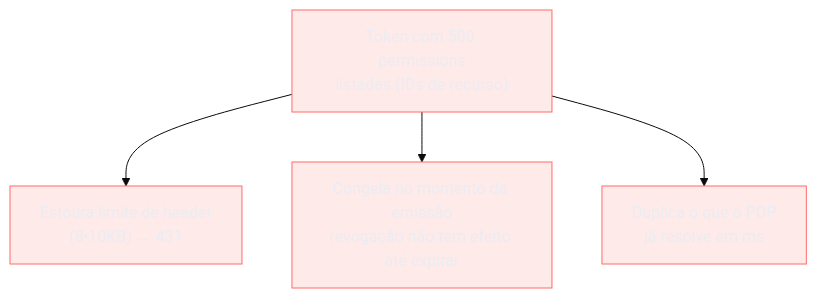
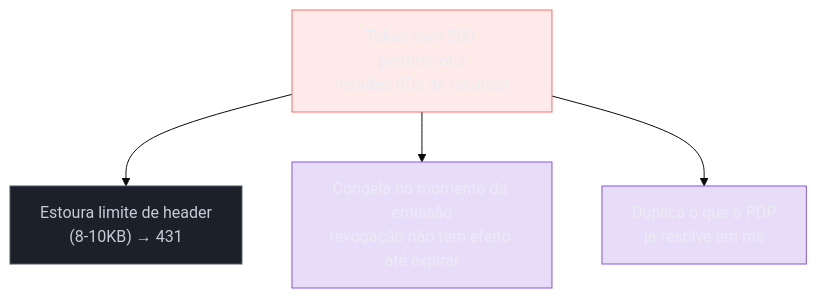
Before and after one commit to josenaldo/codex-technomanticus: the first of 5 diagrams in 03-Dominios/Engenharia/Auth e Identidade/3 - Autorização e multi-tenancy/04 - Autorização de API na prática.md, drawn with Mermaid (base theme). The commit also changed 601 other files, not shown here.

````diff
--- a/03-Dominios/Engenharia/Auth e Identidade/3 - Autorização e multi-tenancy/04 - Autorização de API na prática.md
+++ b/03-Dominios/Engenharia/Auth e Identidade/3 - Autorização e multi-tenancy/04 - Autorização de API na prática.md
@@ -43,12 +43,14 @@
 ```mermaid
 graph TD
+    classDef marca fill:#8855DF33,stroke:#8855DF,color:#E9ECF2
+    classDef neutro fill:#1B2029,stroke:#4E5666,color:#C6CCD8
     classDef falha fill:#FF6B6B24,stroke:#FF6B6B,color:#E9ECF2
     A["Token com 500 permissions<br/>listadas (IDs de recurso)"] --> B["Estoura limite de header<br/>(8-10KB) → 431"]
     A --> C["Congela no momento da emissão<br/>revogação não tem efeito até expirar"]
     A --> D["Duplica o que o PDP<br/>já resolve em ms"]
 
     class A falha
-    class B falha
-    class C falha
-    class D falha
+    class B neutro
+    class C marca
+    class D marca
 ```
````
